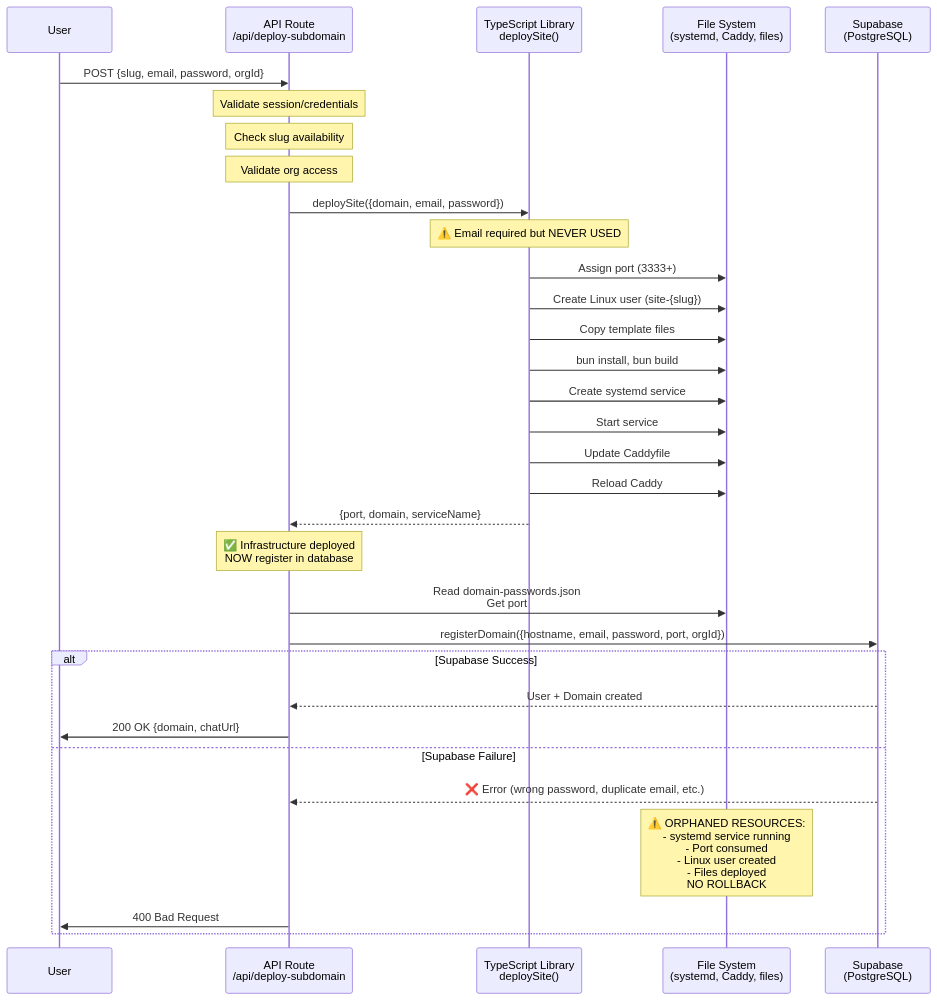
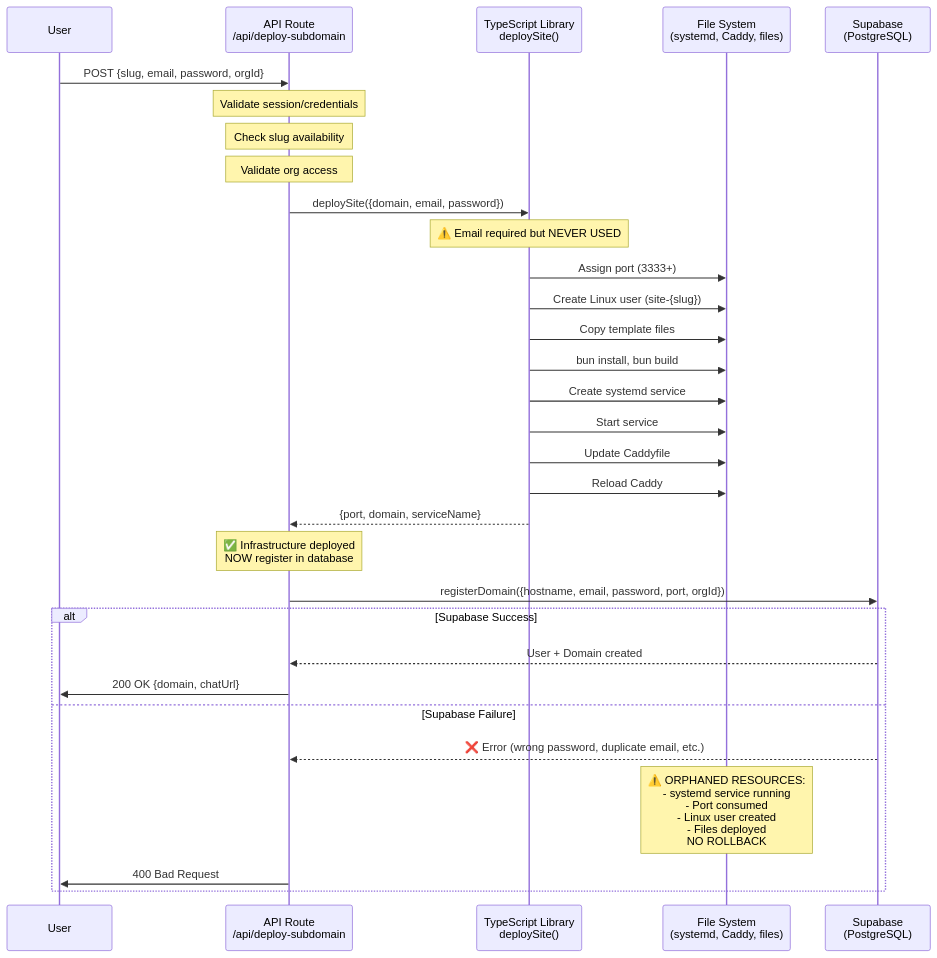
One commit to eenlars/alive changed the diagram in docs/deployment/CURRENT_ARCHITECTURE.md. Above: the diagram before and after it, drawn with Mermaid. The commit also changed other lines of this file and 61 other files, not shown here.

First line of the commit message:
Remove domain-passwords.json + add filespace panel (#67)

````diff
--- a/docs/deployment/CURRENT_ARCHITECTURE.md
+++ b/docs/deployment/CURRENT_ARCHITECTURE.md
@@ -24,43 +24,42 @@
 ```mermaid
 sequenceDiagram
     participant User
     participant API as API Route<br/>/api/deploy-subdomain
     participant TS as TypeScript Library<br/>deploySite()
     participant FS as File System<br/>(systemd, Caddy, files)
     participant SB as Supabase<br/>(PostgreSQL)
 
     User->>API: POST {slug, email, password, orgId}
 
     Note over API: Validate session/credentials
     Note over API: Check slug availability
     Note over API: Validate org access
 
     API->>TS: deploySite({domain, email, password})
 
     Note over TS: ⚠️ Email required but NEVER USED
 
     TS->>FS: Assign port (3333+)
     TS->>FS: Create Linux user (site-{slug})
     TS->>FS: Copy template files
     TS->>FS: bun install, bun build
     TS->>FS: Create systemd service
     TS->>FS: Start service
     TS->>FS: Update Caddyfile
     TS->>FS: Reload Caddy
 
     TS-->>API: {port, domain, serviceName}
 
     Note over API: ✅ Infrastructure deployed<br/>NOW register in database
 
-    API->>FS: Read domain-passwords.json<br/>Get port
     API->>SB: registerDomain({hostname, email, password, port, orgId})
 
     alt Supabase Success
         SB-->>API: User + Domain created
         API->>User: 200 OK {domain, chatUrl}
     else Supabase Failure
         SB-->>API: ❌ Error (wrong password, duplicate email, etc.)
         Note over FS: ⚠️ ORPHANED RESOURCES:<br/>- systemd service running<br/>- Port consumed<br/>- Linux user created<br/>- Files deployed<br/>NO ROLLBACK
         API->>User: 400 Bad Request
     end
 ```
````
